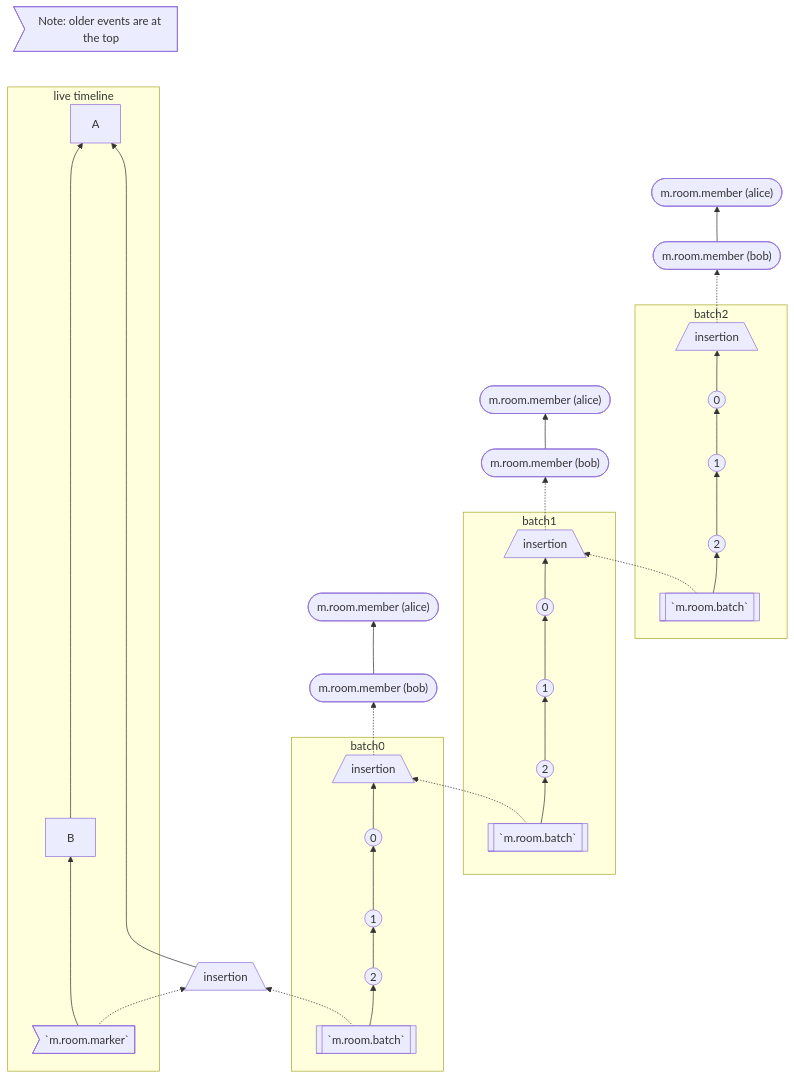
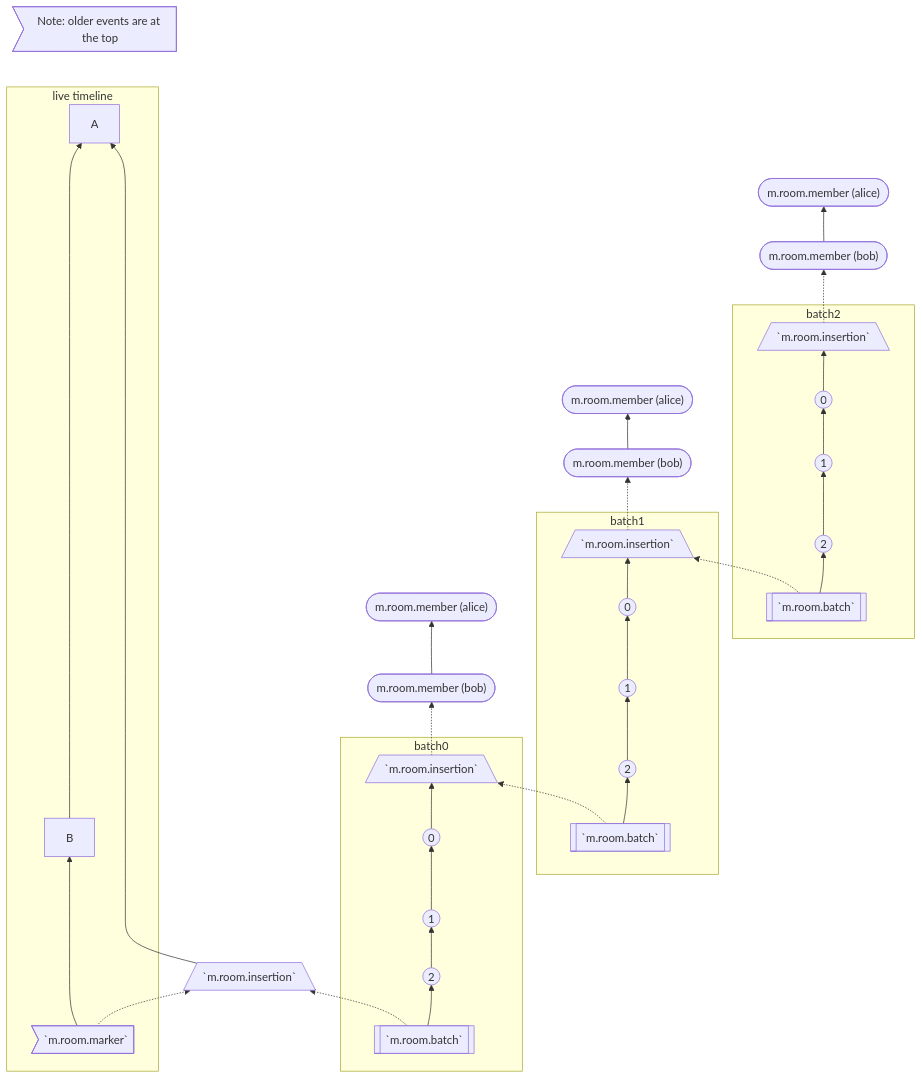
The third of 3 diagrams in proposals/2716-batch-send-historical-messages.md (matrix-org/matrix-spec-proposals), drawn with Mermaid before and after one commit. The commit also changed other lines of this file, not shown here.

Commit message:
Use m.room.insertion type name in mermaid graphs

````diff
--- a/proposals/2716-batch-send-historical-messages.md
+++ b/proposals/2716-batch-send-historical-messages.md
@@ -505,33 +505,33 @@
 ```mermaid
 flowchart BT
     A --- annotation1>"Note: older events are at the top"]
     subgraph live timeline
         marker1>`m.room.marker`] ----> B -----------------> A
     end
     
     subgraph batch0
-        batch0-batch[[`m.room.batch`]] --> batch0-2(("2")) --> batch0-1((1)) --> batch0-0((0)) --> batch0-insertion[/insertion\]
+        batch0-batch[[`m.room.batch`]] --> batch0-2(("2")) --> batch0-1((1)) --> batch0-0((0)) --> batch0-insertion[/`m.room.insertion`\]
     end
 
     subgraph batch1
-        batch1-batch[[`m.room.batch`]] --> batch1-2(("2")) --> batch1-1((1)) --> batch1-0((0)) --> batch1-insertion[/insertion\]
+        batch1-batch[[`m.room.batch`]] --> batch1-2(("2")) --> batch1-1((1)) --> batch1-0((0)) --> batch1-insertion[/`m.room.insertion`\]
     end
     
     subgraph batch2
-        batch2-batch[[`m.room.batch`]] --> batch2-2(("2")) --> batch2-1((1)) --> batch2-0((0)) --> batch2-insertion[/insertion\]
+        batch2-batch[[`m.room.batch`]] --> batch2-2(("2")) --> batch2-1((1)) --> batch2-0((0)) --> batch2-insertion[/`m.room.insertion`\]
     end
 
 
     batch0-insertion -.-> memberBob0(["m.room.member (bob)"]) --> memberAlice0(["m.room.member (alice)"])
     batch1-insertion -.-> memberBob1(["m.room.member (bob)"]) --> memberAlice1(["m.room.member (alice)"])
     batch2-insertion -.-> memberBob2(["m.room.member (bob)"]) --> memberAlice2(["m.room.member (alice)"])
 
     marker1 -.-> batch0-insertionBase
-    batch0-insertionBase[/insertion\] ---------------> A
-    batch0-batch -.-> batch0-insertionBase[/insertion\]
+    batch0-insertionBase[/`m.room.insertion`\] ---------------> A
+    batch0-batch -.-> batch0-insertionBase
     batch1-batch -.-> batch0-insertion
     batch2-batch -.-> batch1-insertion
 
     %% make the annotation links invisible
     linkStyle 0 stroke-width:2px,fill:none,stroke:none;
 ```
````
